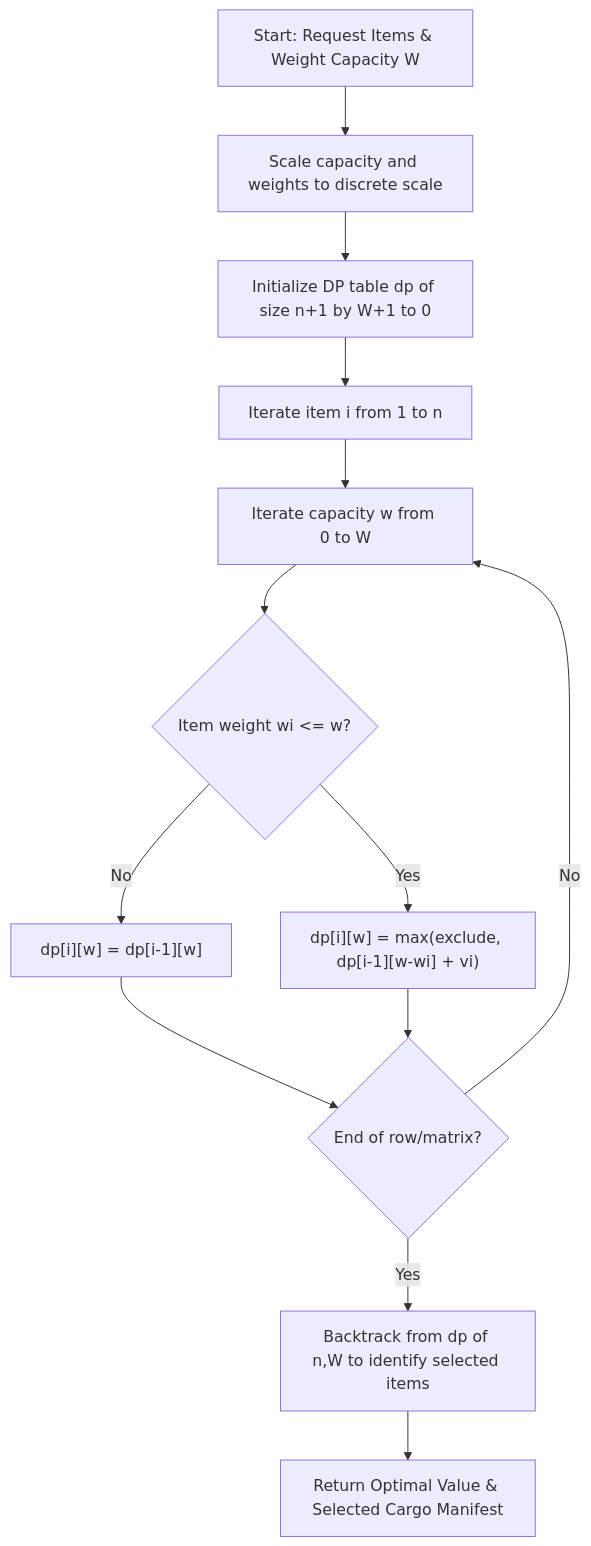
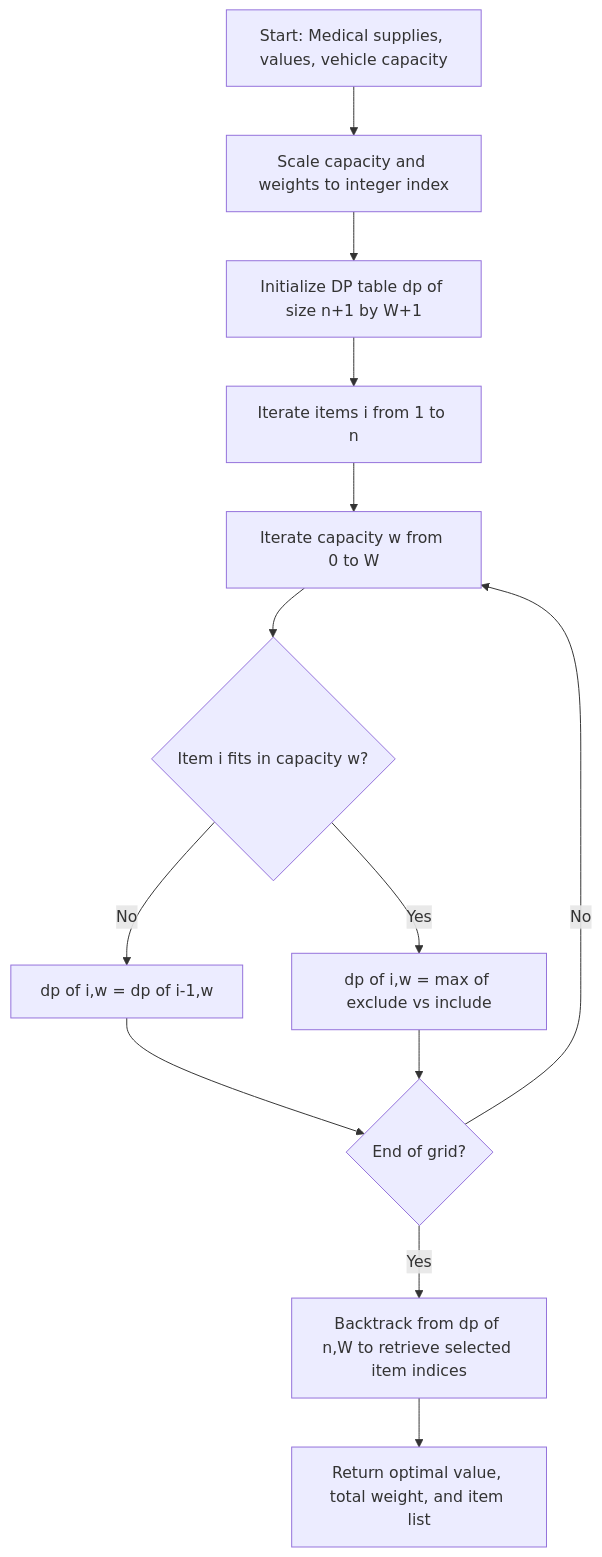
One commit to Septagon-Systems/Hospital-Service-DSA changed the third of 6 diagrams in docs-site/src/content/docs/service-operations/flowcharts-pseudocode.md. Above: the diagram before and after it, drawn with Mermaid. The commit also changed other lines of this file and 1 other file, not shown here.

Commit message:
docs(flowcharts): expand pseudocode to cover all 12 data structures and multi-queue dispatch

````diff
--- a/docs-site/src/content/docs/service-operations/flowcharts-pseudocode.md
+++ b/docs-site/src/content/docs/service-operations/flowcharts-pseudocode.md
@@ -249,15 +197,15 @@
 ```mermaid
 flowchart TD
-    A[Start: Request Items & Weight Capacity W] --> B[Scale capacity and weights to discrete scale]
-    B --> C[Initialize DP table dp of size n+1 by W+1 to 0]
-    C --> D[Iterate item i from 1 to n]
+    A[Start: Medical supplies, values, vehicle capacity] --> B[Scale capacity and weights to integer index]
+    B --> C[Initialize DP table dp of size n+1 by W+1]
+    C --> D[Iterate items i from 1 to n]
     D --> E[Iterate capacity w from 0 to W]
-    E --> F{"Item weight wi <= w?"}
-    F -- No --> G["dp[i][w] = dp[i-1][w]"]
-    F -- Yes --> H["dp[i][w] = max(exclude, dp[i-1][w-wi] + vi)"]
-    G --> I{End of row/matrix?}
+    E --> F{Item i fits in capacity w?}
+    F -- No --> G[dp of i,w = dp of i-1,w]
+    F -- Yes --> H[dp of i,w = max of exclude vs include]
+    G --> I{End of grid?}
     H --> I
     I -- No --> E
-    I -- Yes --> J[Backtrack from dp of n,W to identify selected items]
-    J --> K[Return Optimal Value & Selected Cargo Manifest]
+    I -- Yes --> J[Backtrack from dp of n,W to retrieve selected item indices]
+    J --> K[Return optimal value, total weight, and item list]
 ```
````
